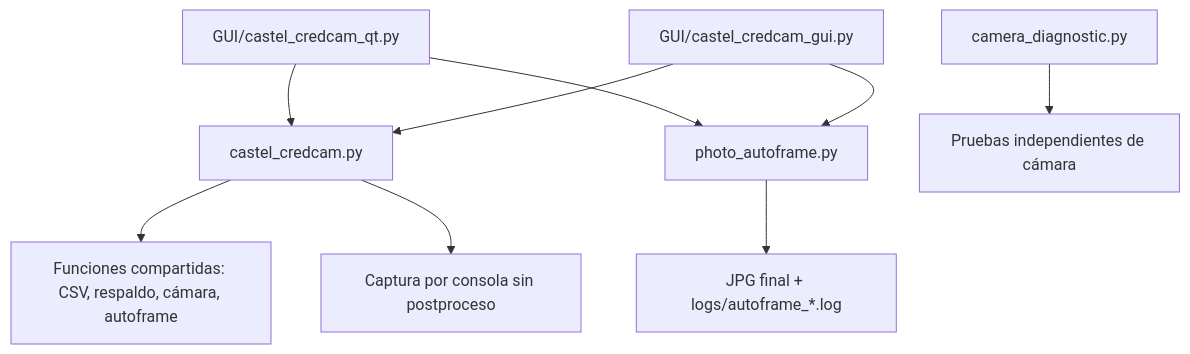
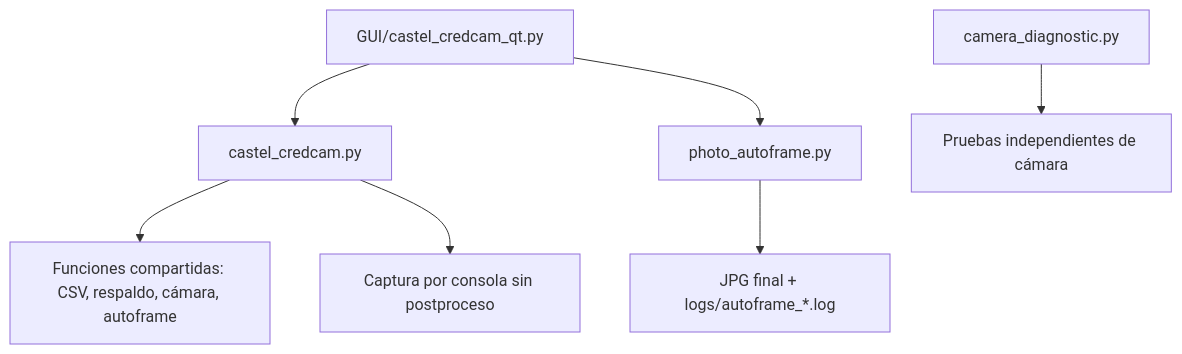
The third of 3 diagrams in README.md (JackStar6677-1/castel-credcam), drawn with Mermaid before and after one commit. The commit also changed other lines of this file, not shown here.

First line of the commit message:
docs: actualiza README tras retirar la GUI Tk

````diff
--- a/README.md
+++ b/README.md
@@ -230,11 +220,9 @@
 ```mermaid
 graph TD
     A["castel_credcam.py"] --> B["Funciones compartidas: CSV, respaldo, cámara, autoframe"]
     A --> C["Captura por consola sin postproceso"]
     D["GUI/castel_credcam_qt.py"] --> A
-    E["GUI/castel_credcam_gui.py"] --> A
     D --> F["photo_autoframe.py"]
-    E --> F
     F --> G["JPG final + logs/autoframe_*.log"]
     H["camera_diagnostic.py"] --> I["Pruebas independientes de cámara"]
 ```
````
